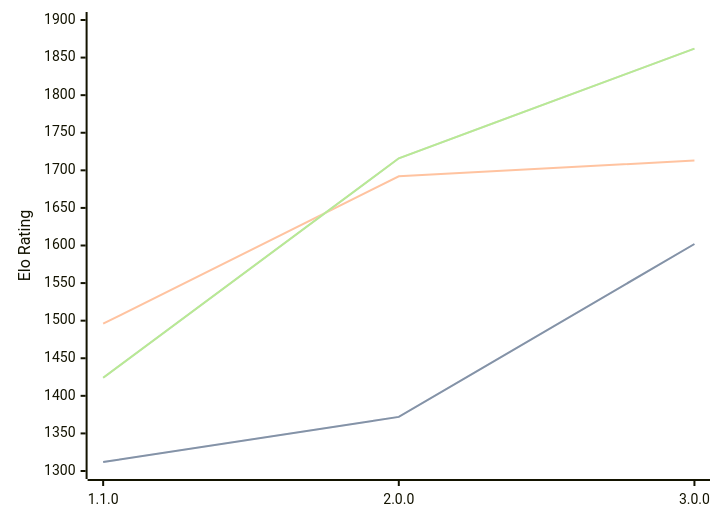
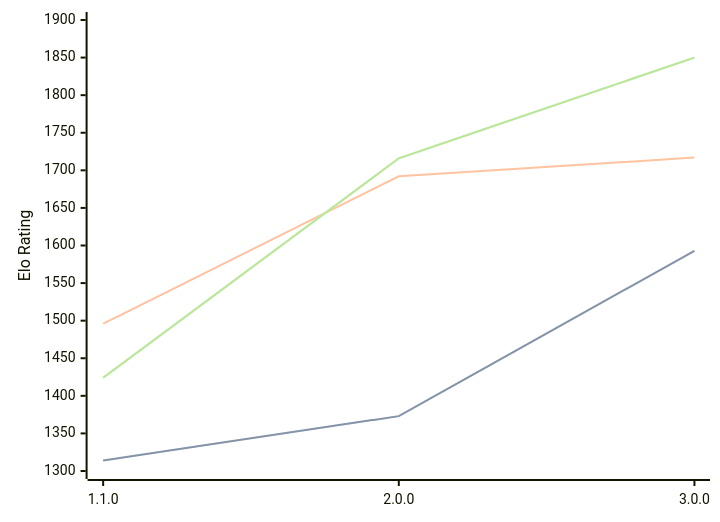
One commit to computer-chess-index/cci changed the diagram in engines/Laura.md. Above: the diagram before and after it, drawn with Mermaid. The commit also changed other lines of this file, not shown here.

Commit message:
Update CCI Ratings (ELO VLTC) - 2026-05-04

````diff
--- a/engines/Laura.md
+++ b/engines/Laura.md
@@ -34,11 +34,11 @@
 ```mermaid
 %%{init: {"theme":"base","themeVariables":{"seriesColors:['#a3a3a3','#222221','#faa371']}}}%%
 xychart-beta
   x-axis ["1.1.0", "2.0.0", "3.0.0"]
   y-axis "Elo Rating" 1300 --> 1900
-  line "STC (8.0+0.08s)" [1312, 1372, 1602]
-  line "STC (8.0+0.08s)" [1312, 1372, 1602]
-  line "LTC (60.0+0.60s)" [1496, 1692, 1713]
-  line "VLTC (2m24s+1.12s)" [1424, 1716, 1862]
-  line "VLTC (2m24s+1.12s)" [1424, 1716, 1862]
+  line "STC (8.0+0.08s)" [1314, 1373, 1593]
+  line "STC (8.0+0.08s)" [1314, 1373, 1593]
+  line "LTC (60.0+0.60s)" [1496, 1692, 1717]
+  line "VLTC (2m24s+1.12s)" [1424, 1716, 1850]
+  line "VLTC (2m24s+1.12s)" [1424, 1716, 1850]
 ```
````
